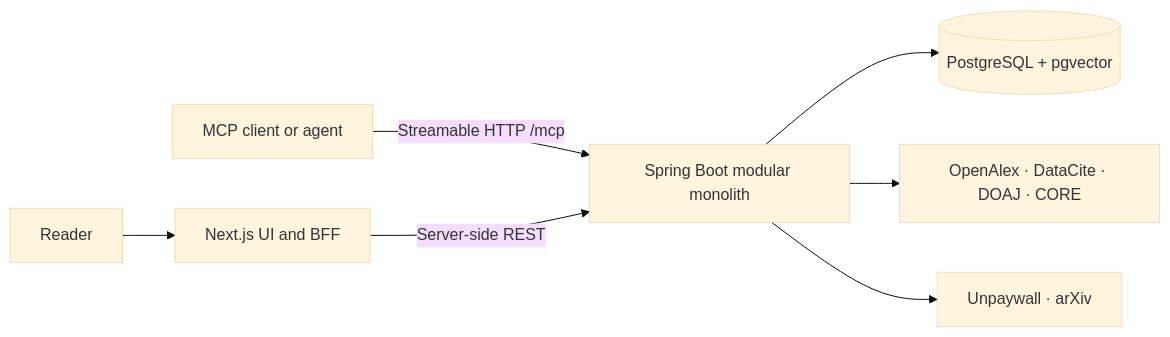
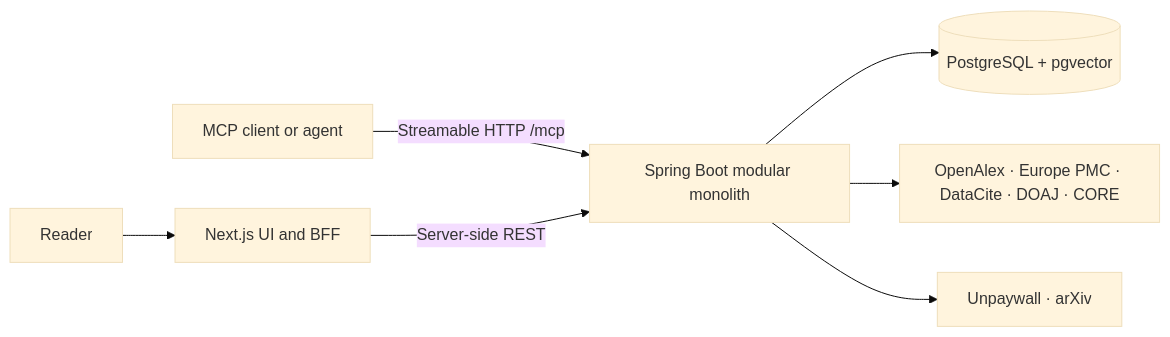
The diagram in README.md (peprick/openscholar-mcp), drawn with Mermaid (base theme) before and after one commit. The commit also changed other lines of this file and 39 other files, not shown here.

Commit message:
feat: add Europe PMC discovery provider

````diff
--- a/README.md
+++ b/README.md
@@ -31,9 +31,9 @@
 ```mermaid
 flowchart LR
     Reader["Reader"] --> Web["Next.js UI and BFF"]
     Agent["MCP client or agent"] -->|"Streamable HTTP /mcp"| App["Spring Boot modular monolith"]
     Web -->|"Server-side REST"| App
     App --> DB[("PostgreSQL + pgvector")]
-    App --> Discovery["OpenAlex · DataCite · DOAJ · CORE"]
+    App --> Discovery["OpenAlex · Europe PMC · DataCite · DOAJ · CORE"]
     App --> Access["Unpaywall · arXiv"]
 ```
````
